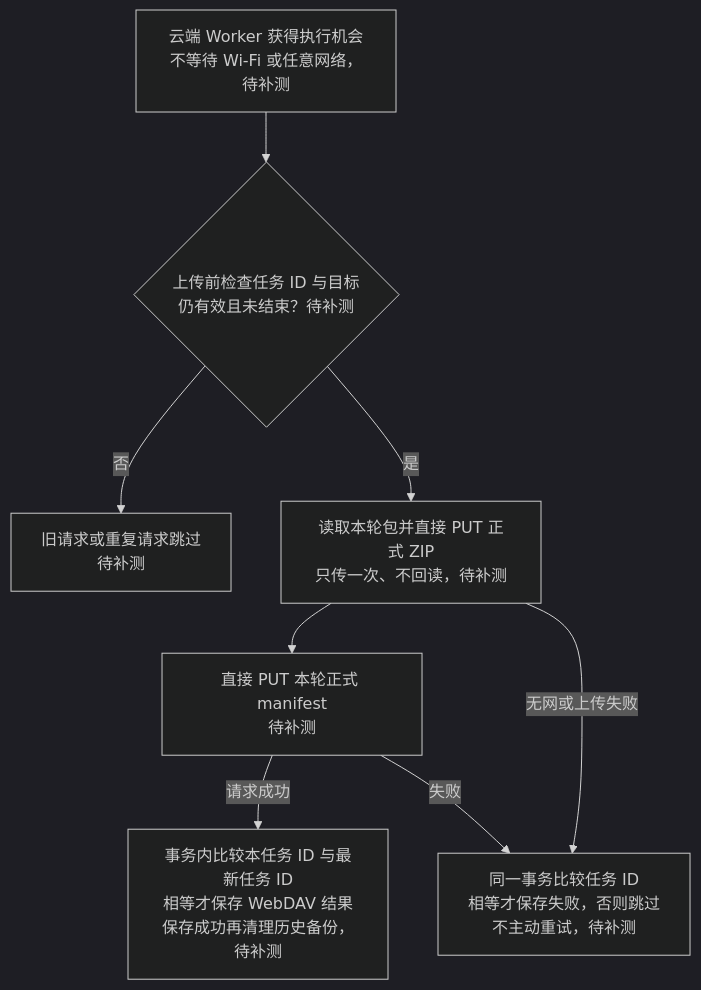
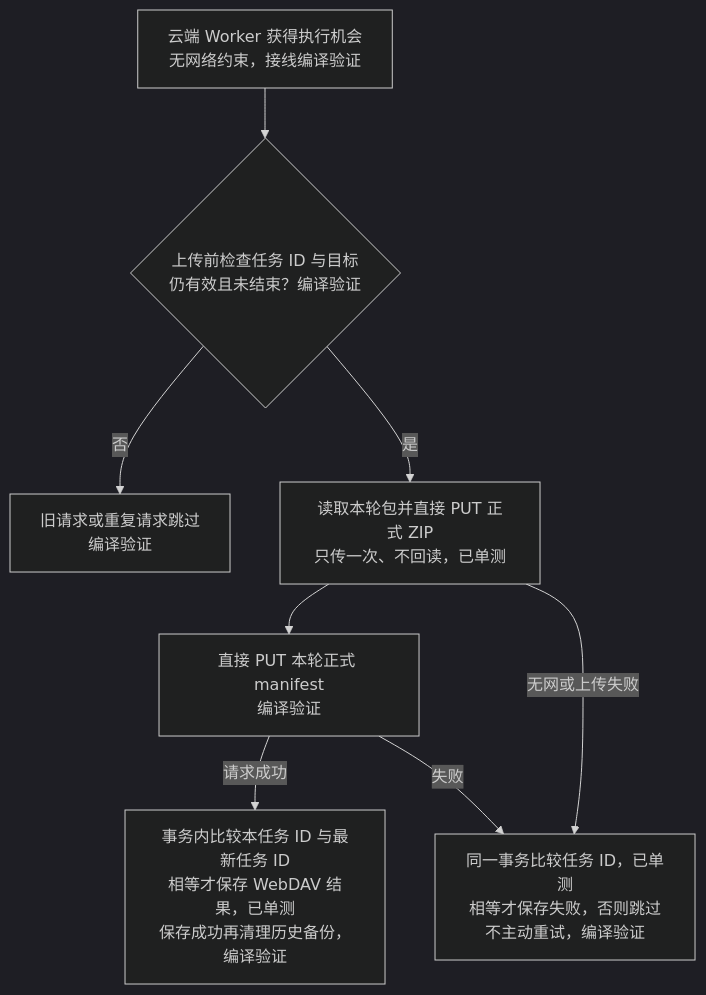
Before and after one commit to lwcla/ClipMaster: the third of 6 diagrams in docs/webdav_backup_plan.md, drawn with Mermaid (dark theme). The commit also changed other lines of this file and 39 other files, not shown here.

First line of the commit message:
备份：实现最新轮次并行发布与 WebDAV 直接上传

````diff
--- a/docs/webdav_backup_plan.md
+++ b/docs/webdav_backup_plan.md
@@ -762,11 +778,11 @@
 ```mermaid
-%% title: 已确认待实施：WebDAV 直接上传
+%% title: 当前实现：WebDAV 直接上传
 flowchart TD
-    Start["云端 Worker 获得执行机会<br/>不等待 Wi-Fi 或任意网络，待补测"] --> Check{"上传前检查任务 ID 与目标<br/>仍有效且未结束？待补测"}
-    Check -->|否| Skip["旧请求或重复请求跳过<br/>待补测"]
-    Check -->|是| Zip["读取本轮包并直接 PUT 正式 ZIP<br/>只传一次、不回读，待补测"]
-    Zip --> Manifest["直接 PUT 本轮正式 manifest<br/>待补测"]
-    Manifest -->|请求成功| Success["事务内比较本任务 ID 与最新任务 ID<br/>相等才保存 WebDAV 结果<br/>保存成功再清理历史备份，待补测"]
-    Zip -->|无网或上传失败| Failure["同一事务比较任务 ID<br/>相等才保存失败，否则跳过<br/>不主动重试，待补测"]
+    Start["云端 Worker 获得执行机会<br/>无网络约束，接线编译验证"] --> Check{"上传前检查任务 ID 与目标<br/>仍有效且未结束？编译验证"}
+    Check -->|否| Skip["旧请求或重复请求跳过<br/>编译验证"]
+    Check -->|是| Zip["读取本轮包并直接 PUT 正式 ZIP<br/>只传一次、不回读，已单测"]
+    Zip --> Manifest["直接 PUT 本轮正式 manifest<br/>编译验证"]
+    Manifest -->|请求成功| Success["事务内比较本任务 ID 与最新任务 ID<br/>相等才保存 WebDAV 结果，已单测<br/>保存成功再清理历史备份，编译验证"]
+    Zip -->|无网或上传失败| Failure["同一事务比较任务 ID，已单测<br/>相等才保存失败，否则跳过<br/>不主动重试，编译验证"]
     Manifest -->|失败| Failure
 ```
````
